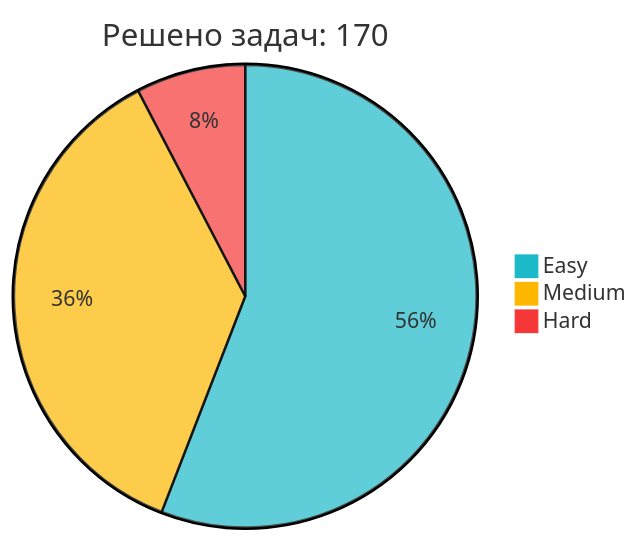
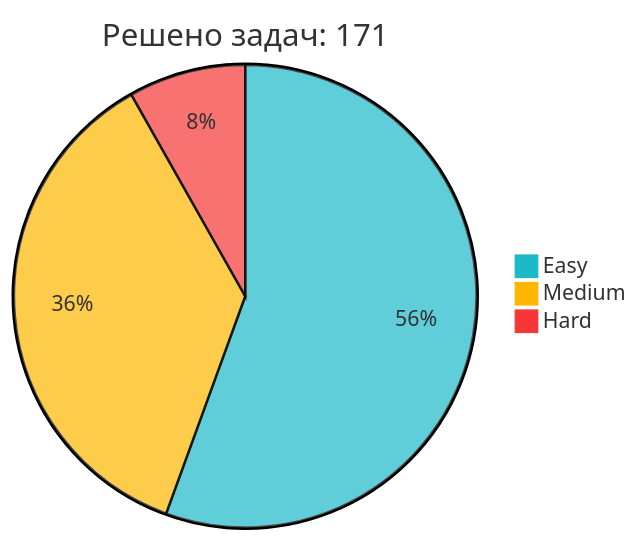
One commit to IliaKurdukov/IliaKurdukov changed the diagram in README.md. Above: the diagram before and after it, drawn with Mermaid. The commit also changed other lines of this file, not shown here.

Commit message:
📈 Обновление статистики LeetCode

````diff
--- a/README.md
+++ b/README.md
@@ -51,7 +51,7 @@
 ```mermaid
 %%{init: {'theme': 'base', 'themeVariables': { 'pie1': '#1CBAC8', 'pie2': '#FEB700', 'pie3': '#F63737' }, 'config': {'width': 300, 'height': 200}}}%%
-pie title Решено задач: 170
+pie title Решено задач: 171
    "Easy" : 95
    "Medium" : 62
-   "Hard" : 13
+   "Hard" : 14
 ```
````
